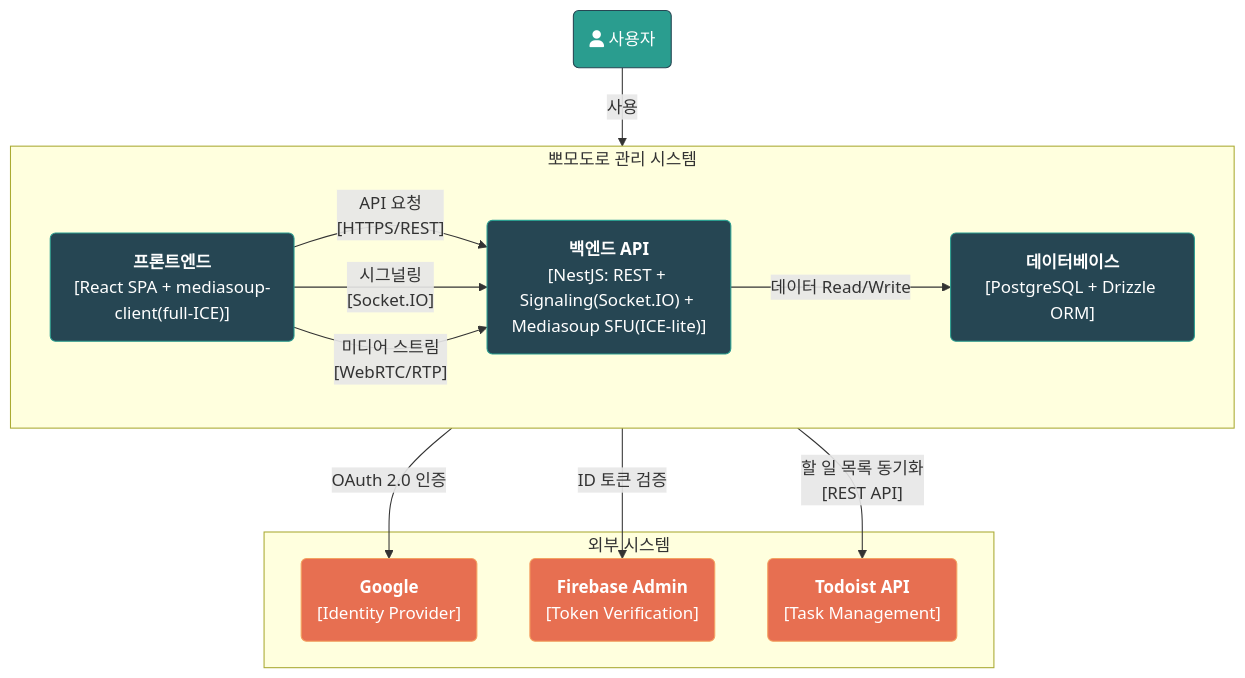
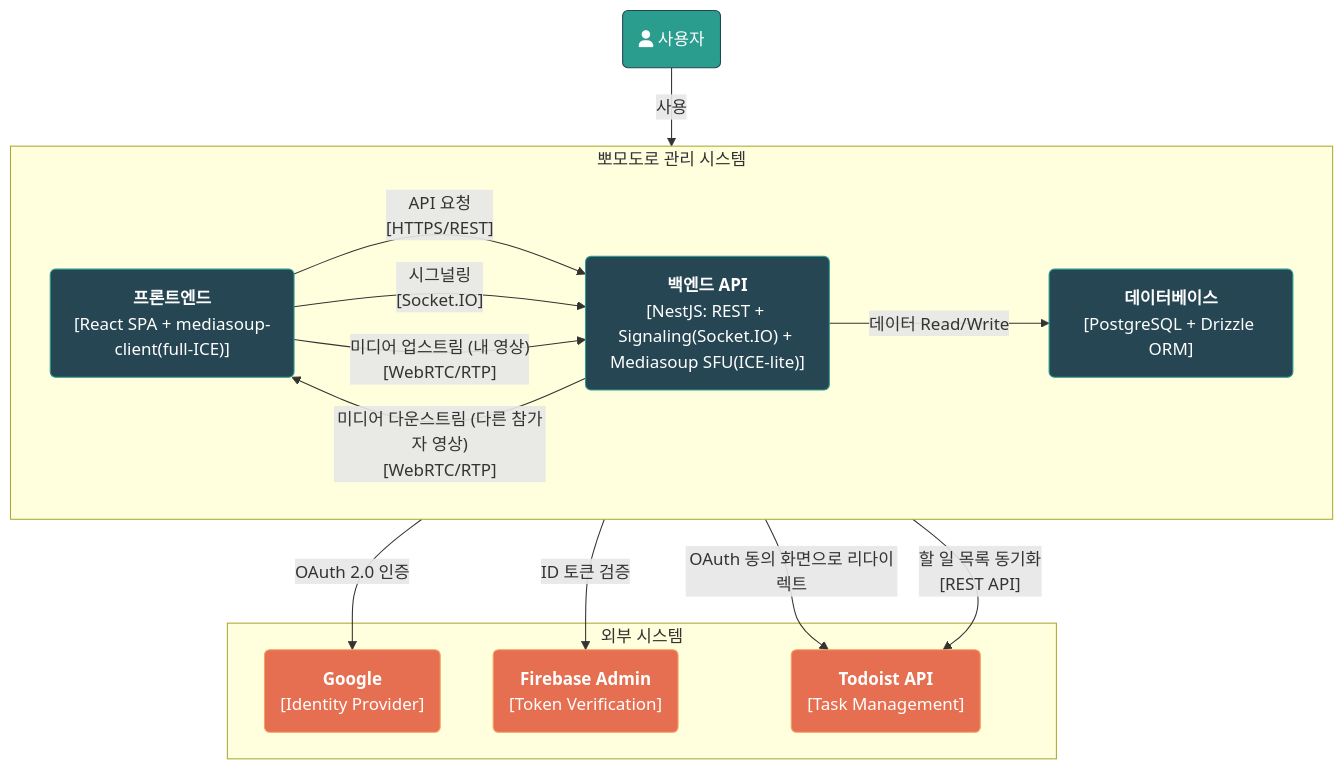
Before and after one commit to Yonghwan-Song/pomodoro-doc: the second of 4 diagrams in docs/introduction.md, drawn with Mermaid. The commit also changed other lines of this file, not shown here.

First line of the commit message:
Add an SFU topology diagram and correct the C4 diagrams

````diff
--- a/docs/introduction.md
+++ b/docs/introduction.md
@@ -265,34 +273,36 @@
 ```mermaid
 flowchart TD
     User("fa:fa-user 사용자")
 
     subgraph "외부 시스템"
         Google("<b>Google</b><br>[Identity Provider]")
         Firebase("<b>Firebase Admin</b><br>[Token Verification]")
         Todoist("<b>Todoist API</b><br>[Task Management]")
     end
 
     subgraph "뽀모도로 관리 시스템"
         direction LR
         Frontend("<b>프론트엔드</b><br>[React SPA + mediasoup-client(full-ICE)]")
         Backend("<b>백엔드 API</b><br>[NestJS: REST + Signaling(Socket.IO) + Mediasoup SFU(ICE-lite)]")
         Database("<b>데이터베이스</b><br>[PostgreSQL + Drizzle ORM]")
     end
 
     User -- "사용" --> Frontend
     Frontend -- "API 요청<br>[HTTPS/REST]" --> Backend
     Frontend -- "시그널링<br>[Socket.IO]" --> Backend
-    Frontend -- "미디어 스트림<br>[WebRTC/RTP]" --> Backend
+    Frontend -- "미디어 업스트림 (내 영상)<br>[WebRTC/RTP]" --> Backend
+    Backend -- "미디어 다운스트림 (다른 참가자 영상)<br>[WebRTC/RTP]" --> Frontend
     Frontend -- "OAuth 2.0 인증" --> Google
+    Frontend -- "OAuth 동의 화면으로 리다이렉트" --> Todoist
     Backend -- "ID 토큰 검증" --> Firebase
     Backend -- "데이터 Read/Write" --> Database
     Backend -- "할 일 목록 동기화<br>[REST API]" --> Todoist
 
     style User fill:#2a9d8f,stroke:#264653,color:#fff
     style Frontend fill:#264653,stroke:#2a9d8f,color:#fff
     style Backend fill:#264653,stroke:#2a9d8f,color:#fff
     style Database fill:#264653,stroke:#2a9d8f,color:#fff
     style Google fill:#e76f51,stroke:#f4a261,color:#fff
     style Firebase fill:#e76f51,stroke:#f4a261,color:#fff
     style Todoist fill:#e76f51,stroke:#f4a261,color:#fff
 ```
````
